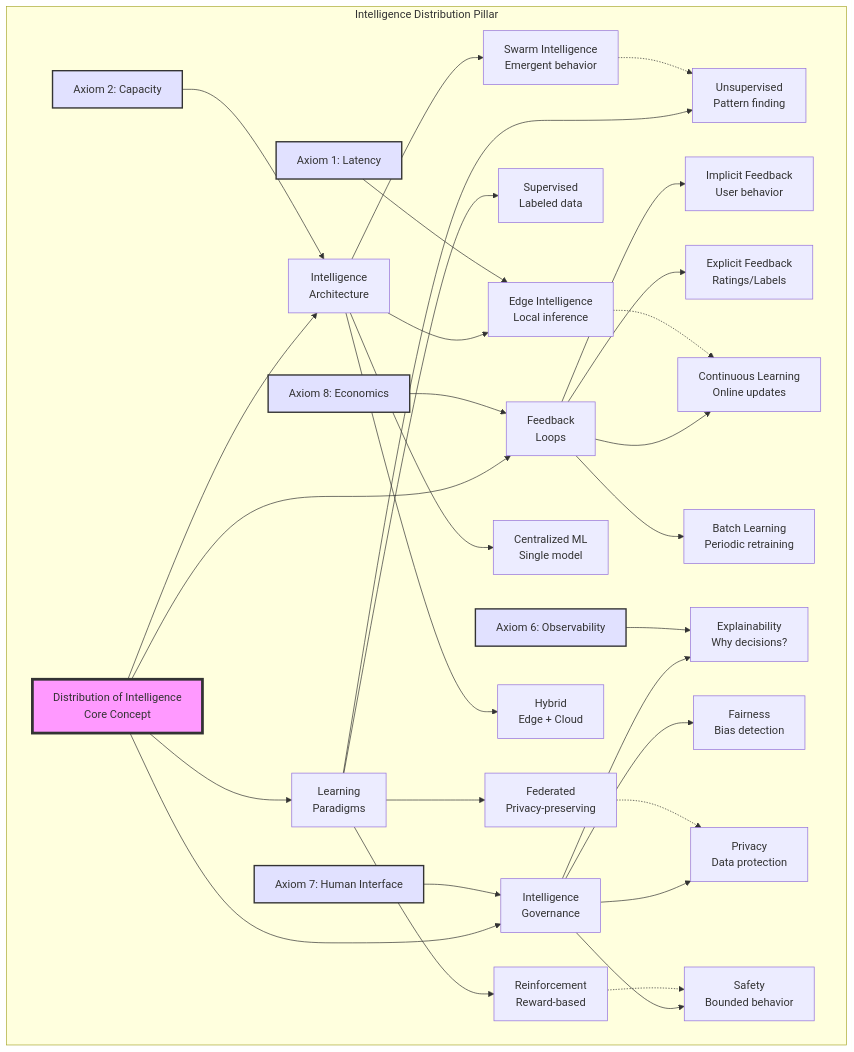
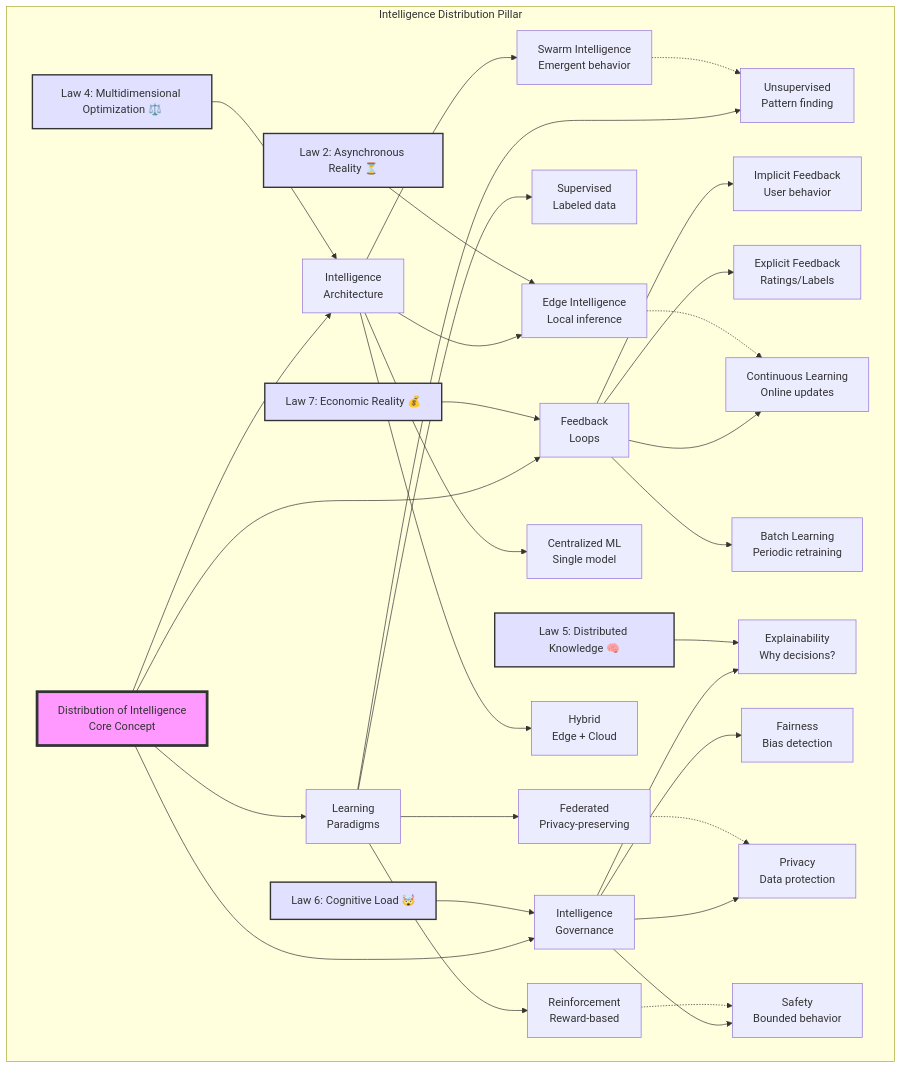
The fifth of 22 diagrams in docs/part2-pillars/intelligence/index.md (deepaucksharma/DStudio), drawn with Mermaid before and after one commit. The commit also changed other lines of this file and 103 other files, not shown here.

````diff
--- a/docs/part2-pillars/intelligence/index.md
+++ b/docs/part2-pillars/intelligence/index.md
@@ -218,55 +218,55 @@
 ```mermaid
 graph TB
     subgraph "Intelligence Distribution Pillar"
         Core[Distribution of Intelligence<br/>Core Concept]
 
         Core --> Learning[Learning<br/>Paradigms]
         Core --> Architecture[Intelligence<br/>Architecture]
         Core --> Feedback[Feedback<br/>Loops]
         Core --> Governance[Intelligence<br/>Governance]
 
         %% Learning branch
         Learning --> Supervised[Supervised<br/>Labeled data]
         Learning --> Unsupervised[Unsupervised<br/>Pattern finding]
         Learning --> Reinforcement[Reinforcement<br/>Reward-based]
         Learning --> Federated[Federated<br/>Privacy-preserving]
 
         %% Architecture branch
         Architecture --> Centralized[Centralized ML<br/>Single model]
         Architecture --> Edge[Edge Intelligence<br/>Local inference]
         Architecture --> Hybrid[Hybrid<br/>Edge + Cloud]
         Architecture --> Swarm[Swarm Intelligence<br/>Emergent behavior]
 
         %% Feedback branch
         Feedback --> Implicit[Implicit Feedback<br/>User behavior]
         Feedback --> Explicit[Explicit Feedback<br/>Ratings/Labels]
         Feedback --> Continuous[Continuous Learning<br/>Online updates]
         Feedback --> Batch[Batch Learning<br/>Periodic retraining]
 
         %% Governance branch
         Governance --> Explainability[Explainability<br/>Why decisions?]
         Governance --> Fairness[Fairness<br/>Bias detection]
         Governance --> Privacy[Privacy<br/>Data protection]
         Governance --> Safety[Safety<br/>Bounded behavior]
 
         %% Key relationships
         Federated -.-> Privacy
         Edge -.-> Continuous
         Reinforcement -.-> Safety
         Swarm -.-> Unsupervised
 
-        %% Axiom connections
-        Axiom1[Axiom 1: Latency] --> Edge
-        Axiom2[Axiom 2: Capacity] --> Architecture
-        Axiom6[Axiom 6: Observability] --> Explainability
-        Axiom7[Axiom 7: Human Interface] --> Governance
-        Axiom8[Axiom 8: Economics] --> Feedback
+        %% Law connections
+        Law2[Law 2: Asynchronous Reality ⏳] --> Edge
+        Law4[Law 4: Multidimensional Optimization ⚖️] --> Architecture
+        Law5[Law 5: Distributed Knowledge 🧠] --> Explainability
+        Law6[Law 6: Cognitive Load 🤯] --> Governance
+        Law7[Law 7: Economic Reality 💰] --> Feedback
     end
 
     style Core fill:#f9f,stroke:#333,stroke-width:4px
-    style Axiom1 fill:#e1e1ff,stroke:#333,stroke-width:2px
-    style Axiom2 fill:#e1e1ff,stroke:#333,stroke-width:2px
-    style Axiom6 fill:#e1e1ff,stroke:#333,stroke-width:2px
-    style Axiom7 fill:#e1e1ff,stroke:#333,stroke-width:2px
-    style Axiom8 fill:#e1e1ff,stroke:#333,stroke-width:2px
+    style Law2 fill:#e1e1ff,stroke:#333,stroke-width:2px
+    style Law4 fill:#e1e1ff,stroke:#333,stroke-width:2px
+    style Law5 fill:#e1e1ff,stroke:#333,stroke-width:2px
+    style Law6 fill:#e1e1ff,stroke:#333,stroke-width:2px
+    style Law7 fill:#e1e1ff,stroke:#333,stroke-width:2px
 ```
````
